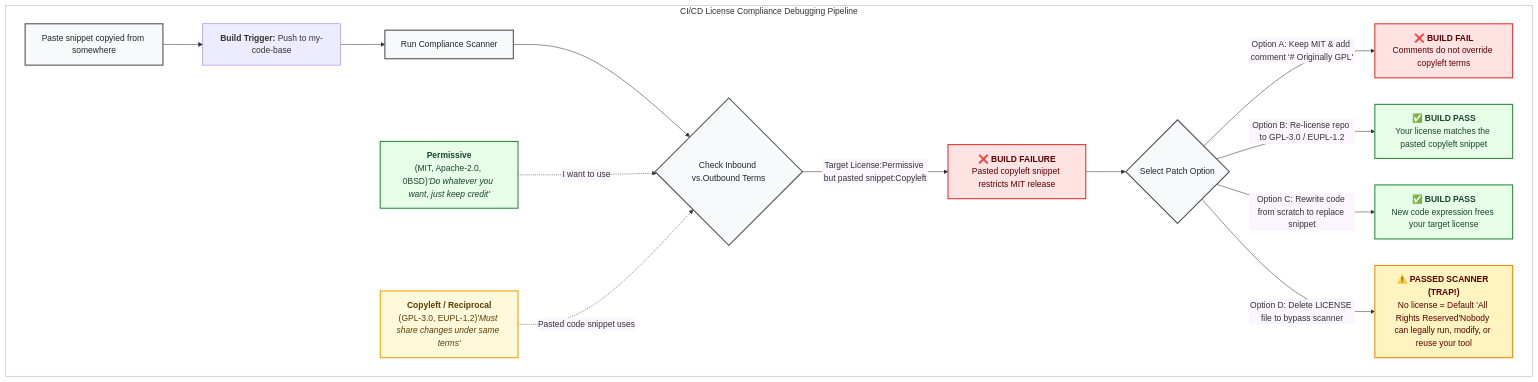
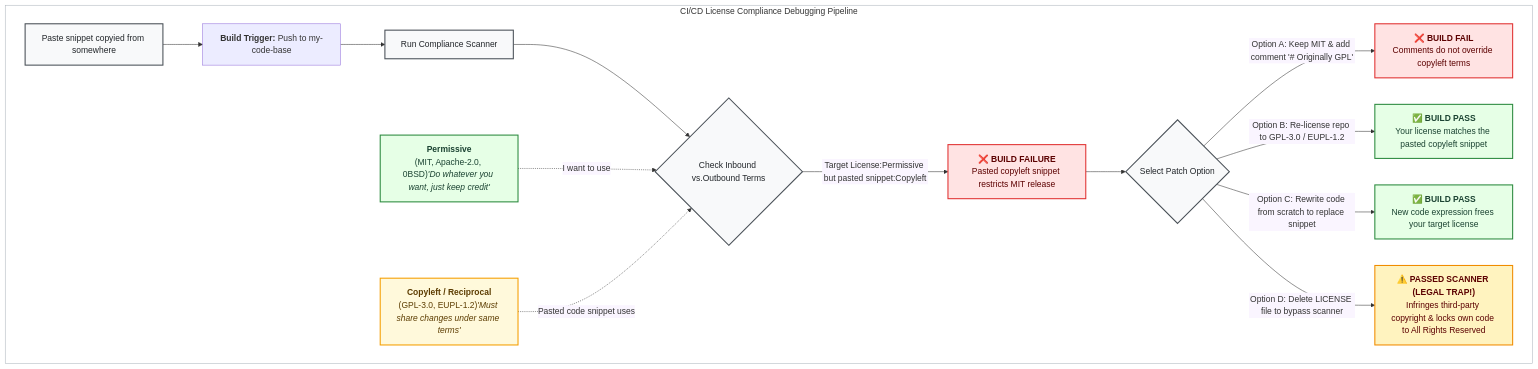
One commit to coderefinery/social-coding changed the second of 3 diagrams in content/software-licensing.md. Above: the diagram before and after it, drawn with Mermaid. The commit also changed other lines of this file, not shown here.

Commit message:
Emphasize legal trap when deleting a license

````diff
--- a/content/software-licensing.md
+++ b/content/software-licensing.md
@@ -135,39 +135,39 @@
 ```{mermaid}
 %%{init: {'themeVariables': { 'edgeLabelBackground': '#faf5ff' }}}%%
 flowchart TB
 
     subgraph box["CI/CD License Compliance Debugging Pipeline"]
         A[Paste snippet copyied from somewhere ] --> A2["<b>Build Trigger:</b>Push to my-code-base"]
         A2["<b>Build Trigger:</b> Push to my-code-base"] --> B["Run Compliance Scanner"]
         B --> C{"Check Inbound vs.</>Outbound Terms"}
         
         C -->|"Target License:Permissive</> but pasted snippet:Copyleft"| D["❌ <b>BUILD FAILURE</b><br/>Pasted copyleft snippet restricts MIT release"]
         
         D --> E{"Select Patch Option"}
         
         E -->|"Option A: Keep MIT & add comment '# Originally GPL'"| F["❌ <b>BUILD FAIL</b><br/>Comments do not override copyleft terms"]
         E -->|"Option B: Re-license repo to GPL-3.0 / EUPL-1.2"| G["✅ <b>BUILD PASS</b><br/>Your license matches the pasted copyleft snippet"]
         E -->|"Option C: Rewrite code from scratch to replace snippet"| H["✅ <b>BUILD PASS</b><br/>New code expression frees your target license"]
-        E -->|"Option D: Delete LICENSE file to bypass scanner"| I["⚠️ <b>PASSED SCANNER (TRAP!)</b><br/>No license = Default 'All Rights Reserved'</>Nobody can legally run, modify, or reuse your tool"]
+        E -->|"Option D: Delete LICENSE file to bypass scanner"| I["⚠️ <b>PASSED SCANNER (LEGAL TRAP!)</b><br/>Infringes third-party copyright & locks own code to All Rights Reserved"]
 
         P["<b>Permissive</b><br/>(MIT, Apache-2.0, 0BSD)</><i>'Do whatever you want, just keep credit'</i>"]
         CL["<b>Copyleft / Reciprocal</b><br/>(GPL-3.0, EUPL-1.2)</><i>'Must share changes under same terms'</i>"]
     end
 
     P -.->|"I want to use"| C
     CL -.->|"Pasted code snippet uses"| C
 
     classDef pass fill:#e6ffe6,stroke:#2b8a3e,stroke-width:2px,color:#1b4332;
     classDef copyleft fill:#fff9db,stroke:#f59f00,stroke-width:2px,color:#5c3c00;
     classDef fail fill:#ffe3e3,stroke:#e03131,stroke-width:2px,color:#5c0000;
     classDef warning fill:#fff3bf,stroke:#f08c00,stroke-width:2px,color:#5c0000;
     classDef neutral fill:#f8f9fa,stroke:#495057,stroke-width:2px,color:#212529;
     classDef box_fill fill:#ffffff,stroke:#adb5bd,stroke-width:1px;
 
     class P,G,H pass;
     class CL copyleft;
     class D,F fail;
     class I warning;
     class A,B,C,E neutral;
     class box box_fill;
 ```
````
